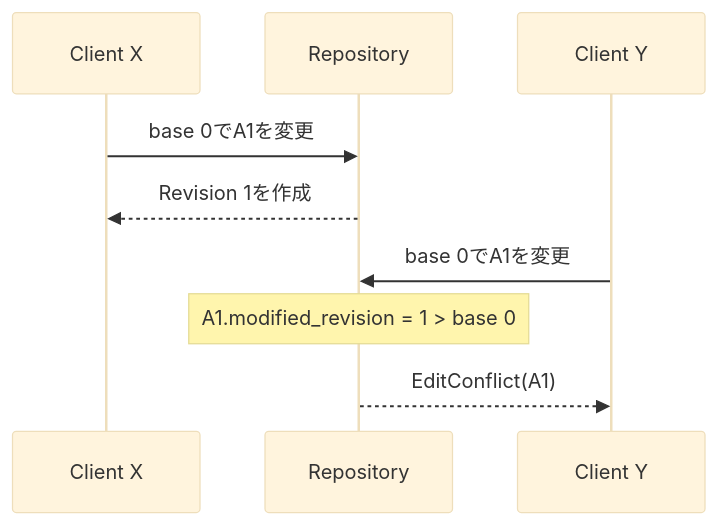
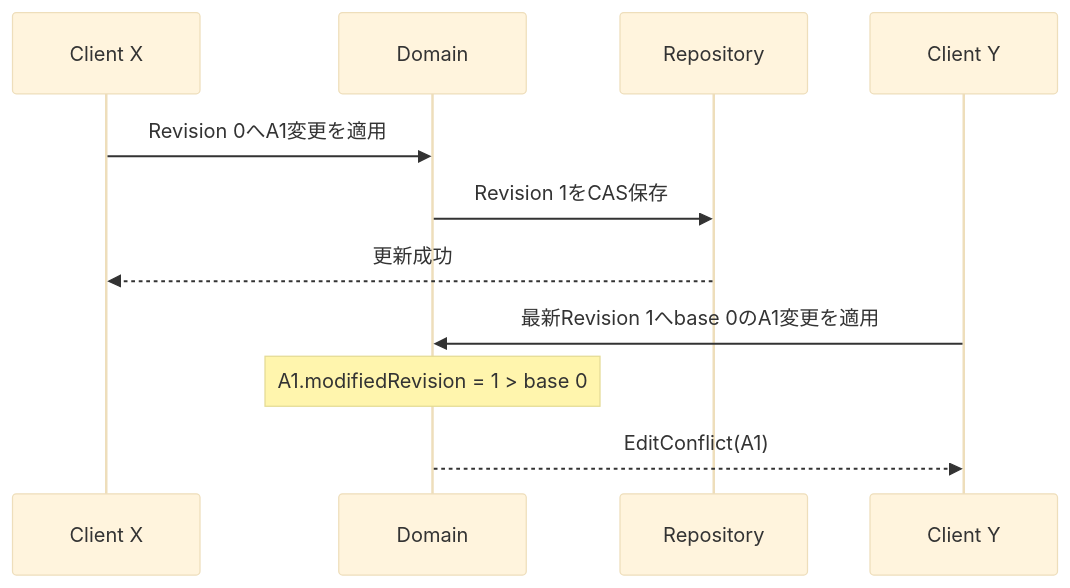
The third of 3 diagrams in docs/learning/04-persistence-and-concurrency.md (ryofuu/my-excel-app), drawn with Mermaid (base theme) before and after one commit. The commit also changed other lines of this file and 144 other files, not shown here.

````diff
--- a/docs/learning/04-persistence-and-concurrency.md
+++ b/docs/learning/04-persistence-and-concurrency.md
@@ -123,11 +127,13 @@
 ```mermaid
 sequenceDiagram
   participant X as Client X
-  participant DB as Repository
+  participant D as Domain
+  participant R as Repository
   participant Y as Client Y
-  X->>DB: base 0でA1を変更
-  DB-->>X: Revision 1を作成
-  Y->>DB: base 0でA1を変更
-  Note over DB: A1.modified_revision = 1 > base 0
-  DB-->>Y: EditConflict(A1)
+  X->>D: Revision 0へA1変更を適用
+  D->>R: Revision 1をCAS保存
+  R-->>X: 更新成功
+  Y->>D: 最新Revision 1へbase 0のA1変更を適用
+  Note over D: A1.modifiedRevision = 1 > base 0
+  D-->>Y: EditConflict(A1)
 ```
````
